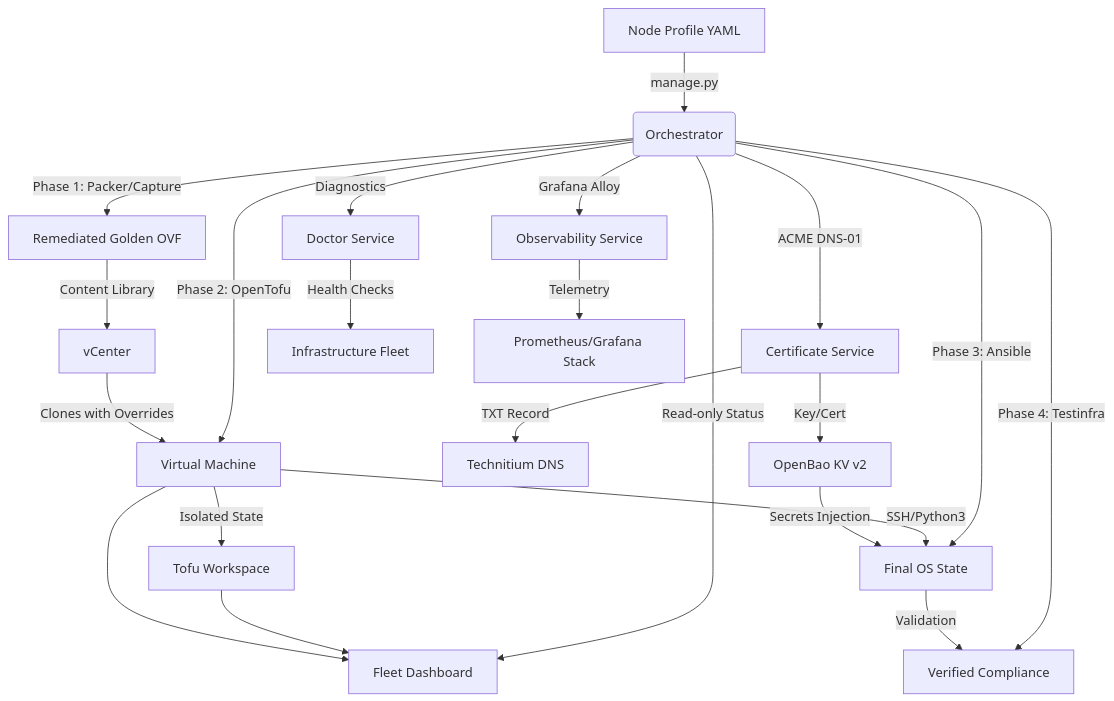
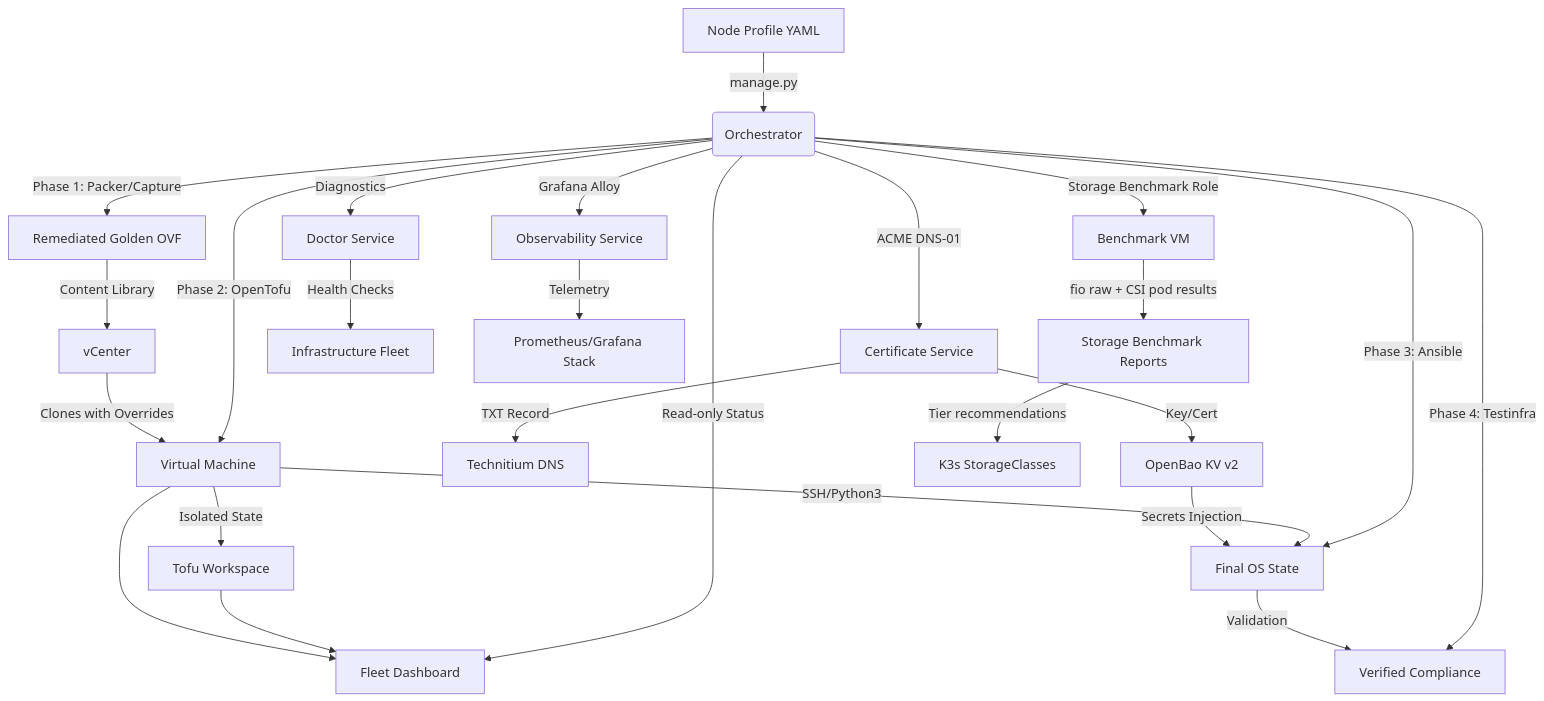
The diagram in docs/DESIGN.md (echoares-lab/homelab-gitops), drawn with Mermaid before and after one commit. The commit also changed other lines of this file and 4 other files, not shown here.

Commit message:
docs(storage): document k3s storage benchmark workflow

````diff
--- a/docs/DESIGN.md
+++ b/docs/DESIGN.md
@@ -9,24 +9,27 @@
 ```mermaid
 graph TD
     A[Node Profile YAML] -->|manage.py| B(Orchestrator)
     B -->|Phase 1: Packer/Capture| C[Remediated Golden OVF]
     C -->|Content Library| D[vCenter]
     B -->|Phase 2: OpenTofu| E[Virtual Machine]
     D -->|Clones with Overrides| E
     E -->|Isolated State| Workspace[Tofu Workspace]
     B -->|Phase 3: Ansible| F[Final OS State]
     E -->|SSH/Python3| F
     B -->|Phase 4: Testinfra| G[Verified Compliance]
     F -->|Validation| G
     B -->|Read-only Status| H[Fleet Dashboard]
     Workspace --> H
     E --> H
     B -->|ACME DNS-01| I[Certificate Service]
     I -->|TXT Record| J[Technitium DNS]
     I -->|Key/Cert| K[OpenBao KV v2]
     K -->|Secrets Injection| F
     B -->|Diagnostics| L[Doctor Service]
     L -->|Health Checks| M[Infrastructure Fleet]
     B -->|Grafana Alloy| N[Observability Service]
     N -->|Telemetry| O[Prometheus/Grafana Stack]
+    B -->|Storage Benchmark Role| P[Benchmark VM]
+    P -->|fio raw + CSI pod results| Q[Storage Benchmark Reports]
+    Q -->|Tier recommendations| R[K3s StorageClasses]
 ```
````
